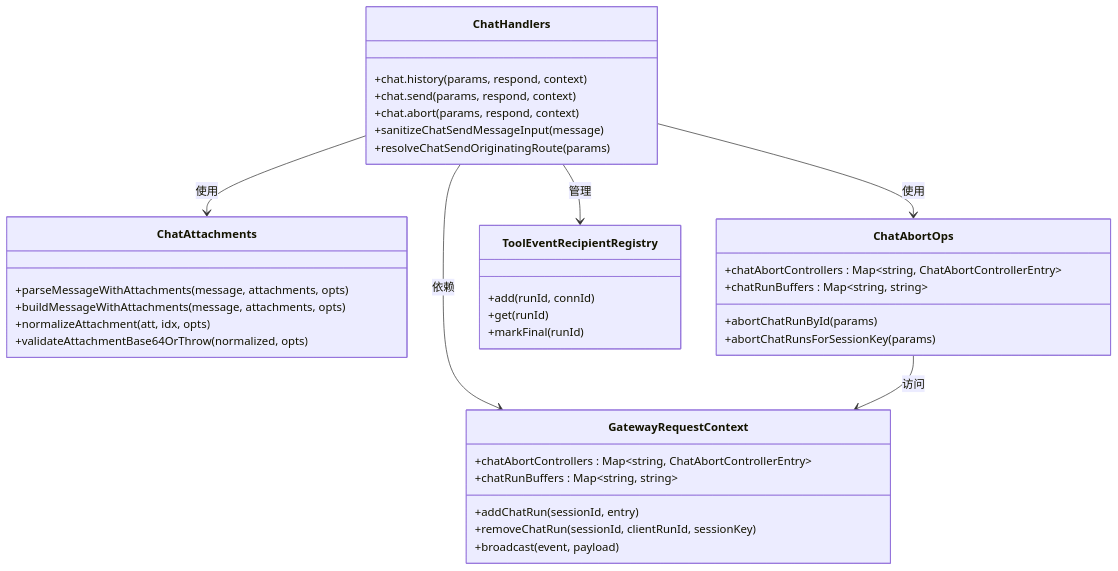
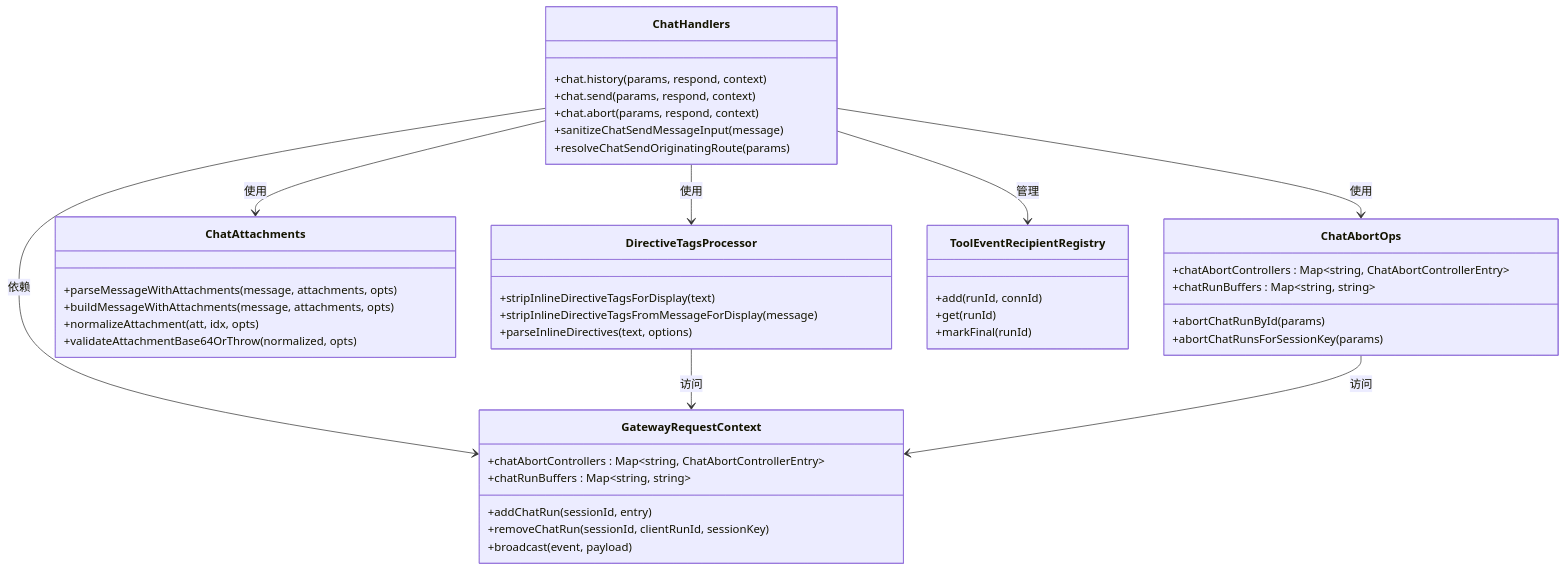
One commit to verse-ai-org/openclaw changed the fourth of 27 diagrams in .qoder/repowiki/zh/content/Web界面/WebChat界面/聊天运行时提供者增强.md. Above: the diagram before and after it, drawn with Mermaid. The commit also changed other lines of this file and 18 other files, not shown here.

````diff
--- a/.qoder/repowiki/zh/content/Web界面/WebChat界面/聊天运行时提供者增强.md
+++ b/.qoder/repowiki/zh/content/Web界面/WebChat界面/聊天运行时提供者增强.md
@@ -279,39 +319,46 @@
 ```mermaid
 classDiagram
 class ChatHandlers {
 +chat.history(params, respond, context)
 +chat.send(params, respond, context)
 +chat.abort(params, respond, context)
 +sanitizeChatSendMessageInput(message)
 +resolveChatSendOriginatingRoute(params)
+}
+class DirectiveTagsProcessor {
++stripInlineDirectiveTagsForDisplay(text)
++stripInlineDirectiveTagsFromMessageForDisplay(message)
++parseInlineDirectives(text, options)
 }
 class ChatAttachments {
 +parseMessageWithAttachments(message, attachments, opts)
 +buildMessageWithAttachments(message, attachments, opts)
 +normalizeAttachment(att, idx, opts)
 +validateAttachmentBase64OrThrow(normalized, opts)
 }
 class ChatAbortOps {
 +chatAbortControllers : Map~string, ChatAbortControllerEntry~
 +chatRunBuffers : Map~string, string~
 +abortChatRunById(params)
 +abortChatRunsForSessionKey(params)
 }
 class GatewayRequestContext {
 +chatAbortControllers : Map~string, ChatAbortControllerEntry~
 +chatRunBuffers : Map~string, string~
 +addChatRun(sessionId, entry)
 +removeChatRun(sessionId, clientRunId, sessionKey)
 +broadcast(event, payload)
 }
 class ToolEventRecipientRegistry {
 +add(runId, connId)
 +get(runId)
 +markFinal(runId)
 }
+ChatHandlers --> DirectiveTagsProcessor : 使用
 ChatHandlers --> ChatAttachments : 使用
 ChatHandlers --> ChatAbortOps : 使用
 ChatHandlers --> GatewayRequestContext : 依赖
 ChatHandlers --> ToolEventRecipientRegistry : 管理
+DirectiveTagsProcessor --> GatewayRequestContext : 访问
 ChatAbortOps --> GatewayRequestContext : 访问
 ```
````
